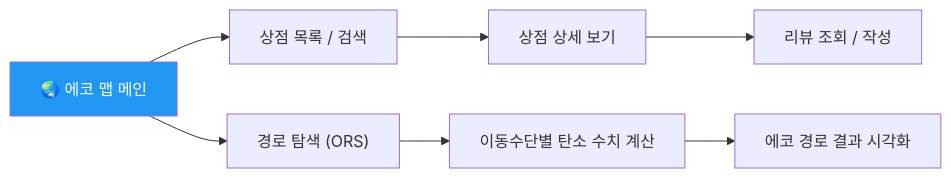
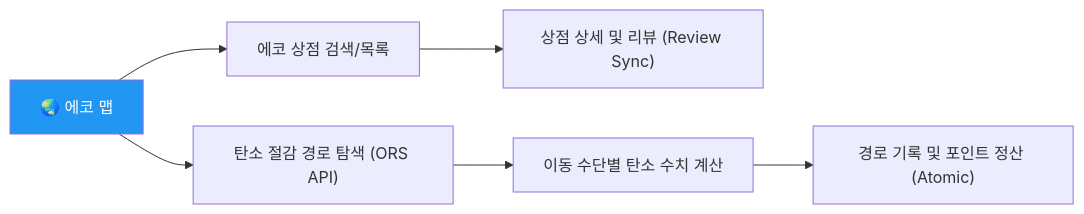
The second of 5 diagrams in ia.md (KJH-Portfolio/202602-Environmenta-Organization), drawn with Mermaid before and after one commit. The commit also changed other lines of this file and 9 other files, not shown here.

````diff
--- a/ia.md
+++ b/ia.md
@@ -46,12 +50,11 @@
 ```mermaid
 graph LR
-    SUB_M["🌏 에코 맵 메인"] --> M1["상점 목록 / 검색"]
-    M1 --> M2["상점 상세 보기"]
-    M2 --> M3["리뷰 조회 / 작성"]
+    SUB_M["🌏 에코 맵"] --> M1["에코 상점 검색/목록"]
+    M1 --> M2["상점 상세 및 리뷰 (Review Sync)"]
     
-    SUB_M --> M4["경로 탐색 (ORS)"]
-    M4 --> M5["이동수단별 탄소 수치 계산"]
-    M5 --> M6["에코 경로 결과 시각화"]
+    SUB_M --> M3["탄소 절감 경로 탐색 (ORS API)"]
+    M3 --> M4["이동 수단별 탄소 수치 계산"]
+    M4 --> M5["경로 기록 및 포인트 정산 (Atomic)"]
 
     style SUB_M fill:#2196F3,color:#fff
 ```
````
